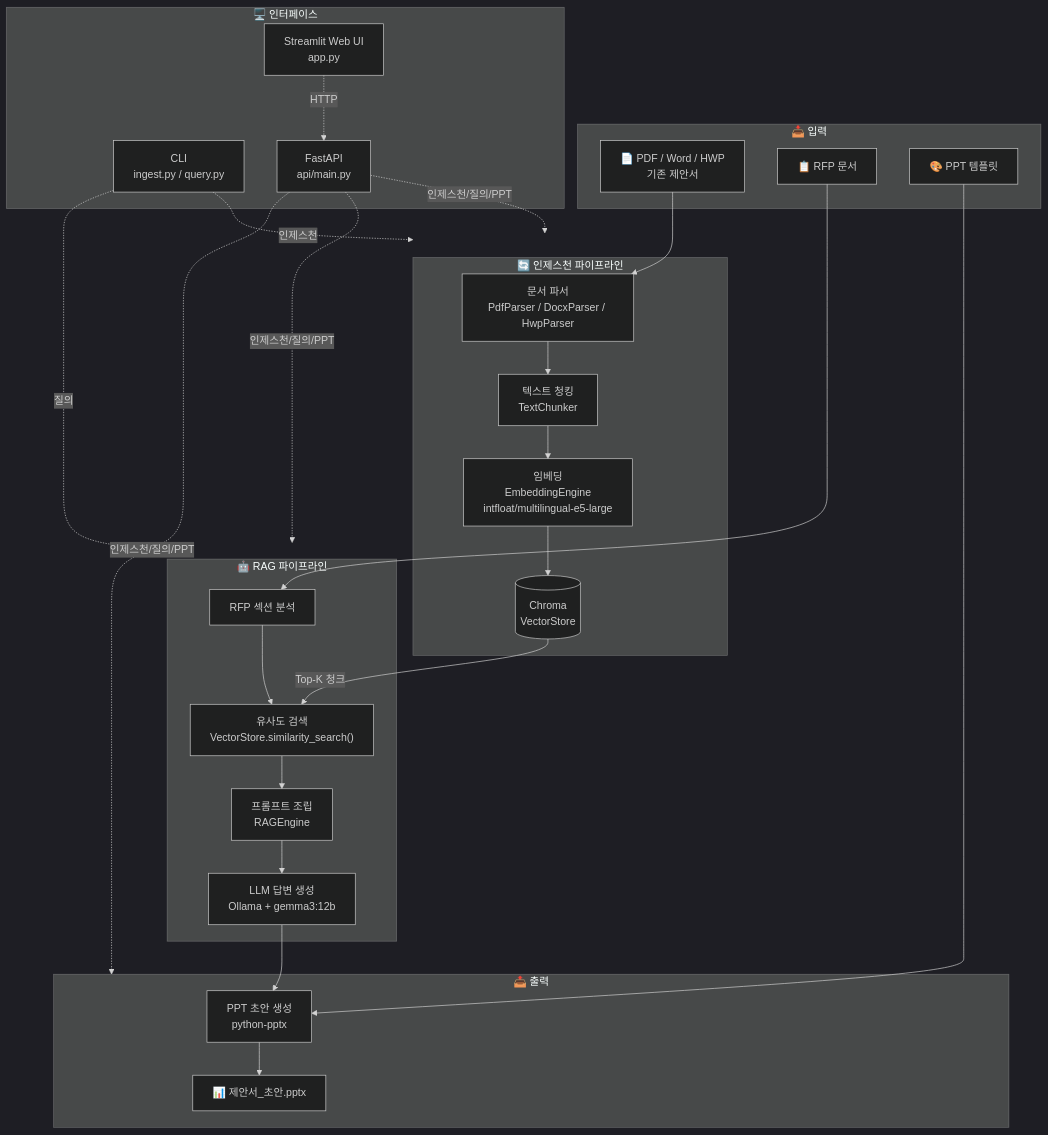
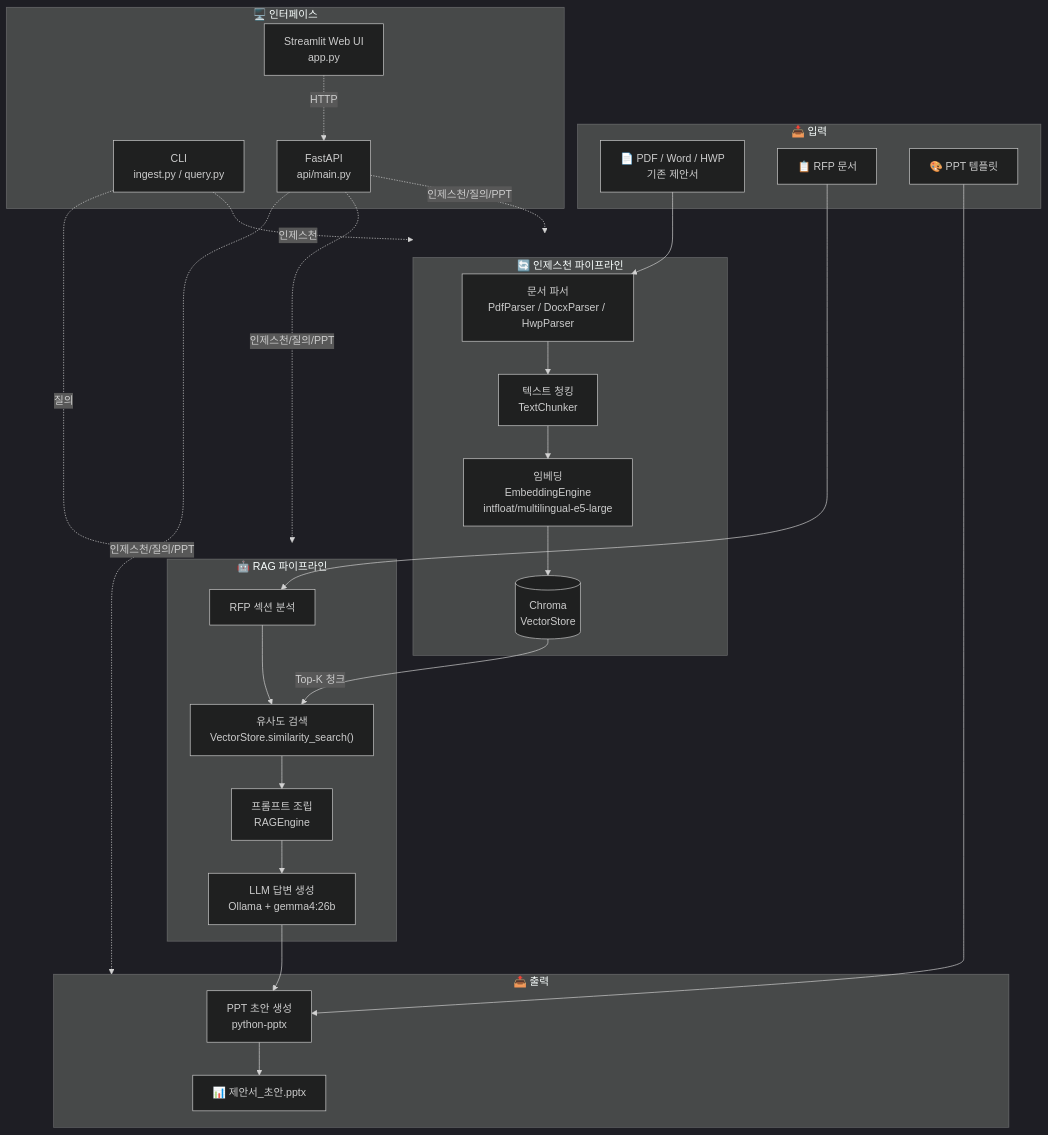
One commit to algum1737/ragSystem_codex changed the first of 3 diagrams in docs/architecture.md. Above: the diagram before and after it, drawn with Mermaid (dark theme). The commit also changed other lines of this file and 13 other files, not shown here.

````diff
--- a/docs/architecture.md
+++ b/docs/architecture.md
@@ -7,44 +7,44 @@
 ```mermaid
 flowchart TD
     subgraph INPUT["📥 입력"]
         A["📄 PDF / Word / HWP\n기존 제안서"]
         B["📋 RFP 문서"]
         C["🎨 PPT 템플릿"]
     end
 
     subgraph INGEST["🔄 인제스천 파이프라인"]
         D["문서 파서\nPdfParser / DocxParser / HwpParser"]
         E["텍스트 청킹\nTextChunker"]
         F["임베딩\nEmbeddingEngine\nintfloat/multilingual-e5-large"]
         G[("Chroma\nVectorStore")]
     end
 
     subgraph RAG["🤖 RAG 파이프라인"]
         H["RFP 섹션 분석"]
         I["유사도 검색\nVectorStore.similarity_search()"]
         J["프롬프트 조립\nRAGEngine"]
-        K["LLM 답변 생성\nOllama + gemma3:12b"]
+        K["LLM 답변 생성\nOllama + gemma4:26b"]
     end
 
     subgraph OUTPUT["📤 출력"]
         L["PPT 초안 생성\npython-pptx"]
         M["📊 제안서_초안.pptx"]
     end
 
     subgraph INTERFACE["🖥️ 인터페이스"]
         N["CLI\ningest.py / query.py"]
         O["FastAPI\napi/main.py"]
         P["Streamlit Web UI\napp.py"]
     end
 
     A --> D --> E --> F --> G
     B --> H --> I
     G -->|"Top-K 청크"| I --> J
     J --> K --> L
     C --> L --> M
 
     N -. "인제스천" .-> INGEST
     N -. "질의" .-> RAG
     O -. "인제스천/질의/PPT" .-> INGEST & RAG & OUTPUT
     P -. "HTTP" .-> O
 ```
````
